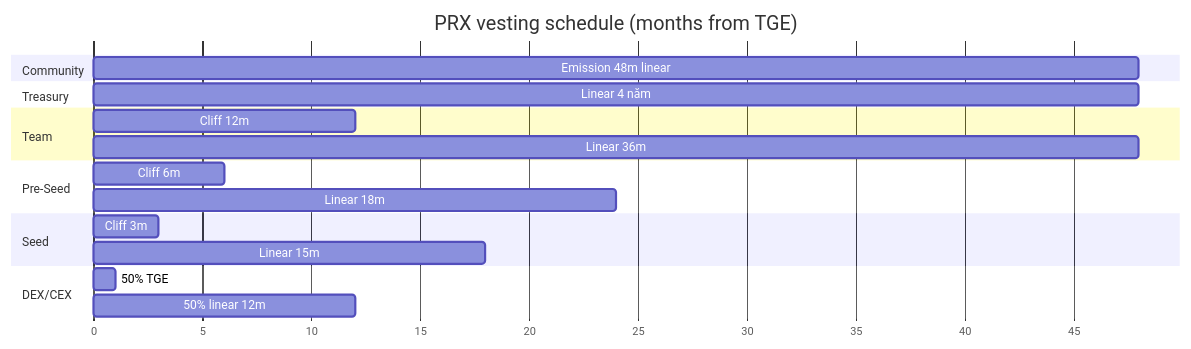
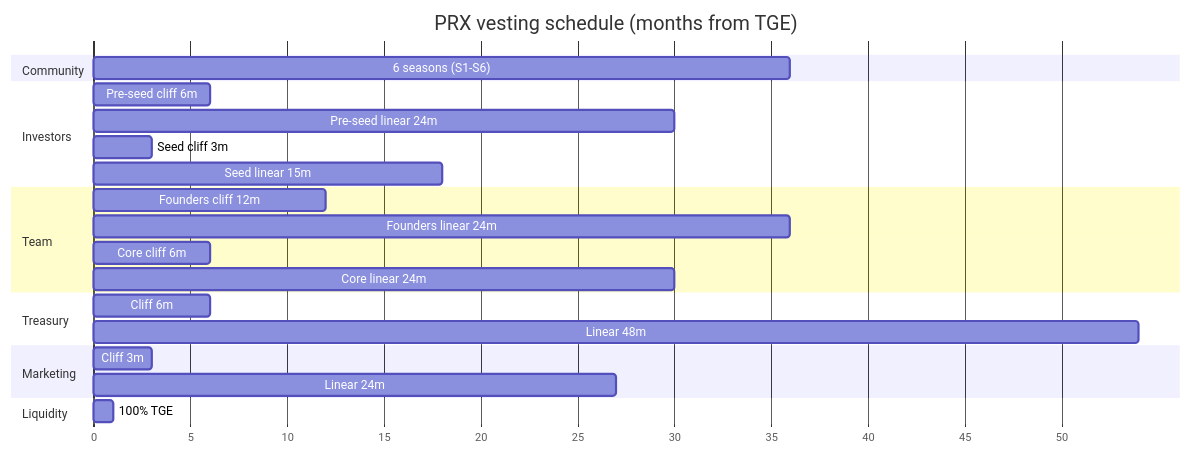
Before and after one commit to PrediX-Protocol/predix-docs: the second of 3 diagrams in vi_v6/kinh-te/allocation-vesting.md, drawn with Mermaid. The commit also changed other lines of this file and 11 other files, not shown here.

````diff
--- a/vi_v6/kinh-te/allocation-vesting.md
+++ b/vi_v6/kinh-te/allocation-vesting.md
@@ -45,22 +75,26 @@
 ```mermaid
 gantt
     title PRX vesting schedule (months from TGE)
     dateFormat X
     axisFormat %s
     section Community
-    Emission 48m linear      :0, 48
+    6 seasons (S1-S6)        :0, 36
+    section Investors
+    Pre-seed cliff 6m         :0, 6
+    Pre-seed linear 24m       :6, 30
+    Seed cliff 3m             :0, 3
+    Seed linear 15m           :3, 18
+    section Team
+    Founders cliff 12m        :0, 12
+    Founders linear 24m       :12, 36
+    Core cliff 6m             :0, 6
+    Core linear 24m           :6, 30
     section Treasury
-    Linear 4 năm             :0, 48
-    section Team
-    Cliff 12m                :0, 12
-    Linear 36m               :12, 48
-    section Pre-Seed
-    Cliff 6m                 :0, 6
-    Linear 18m               :6, 24
-    section Seed
-    Cliff 3m                 :0, 3
-    Linear 15m               :3, 18
-    section DEX/CEX
-    50% TGE                  :0, 1
-    50% linear 12m           :0, 12
+    Cliff 6m                  :0, 6
+    Linear 48m                :6, 54
+    section Marketing
+    Cliff 3m                  :0, 3
+    Linear 24m                :3, 27
+    section Liquidity
+    100% TGE                  :0, 1
 ```
````
